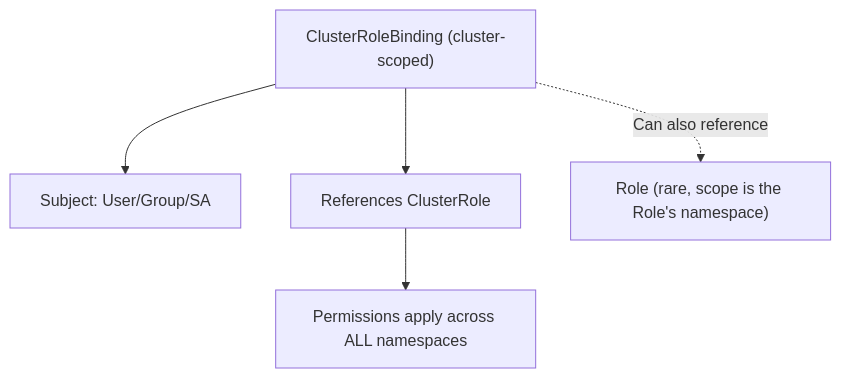
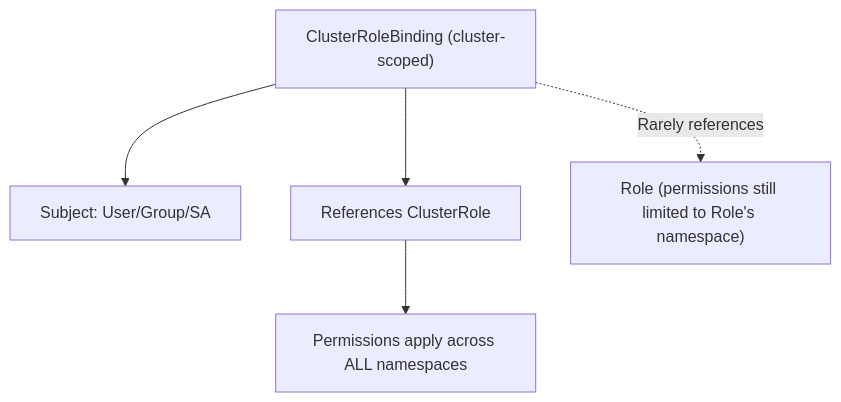
One commit to MattiaFanan/k8s-notes changed the fourth of 5 diagrams in 09-rbac/2-mechanics/03-core-components.md. Above: the diagram before and after it, drawn with Mermaid. The commit also changed other lines of this file and 46 other files, not shown here.

````diff
--- a/09-rbac/2-mechanics/03-core-components.md
+++ b/09-rbac/2-mechanics/03-core-components.md
@@ -160,7 +160,7 @@
 ```mermaid
 flowchart TD
     A["ClusterRoleBinding (cluster-scoped)"] --> B["Subject: User/Group/SA"]
     A --> C["References ClusterRole"]
     C --> D["Permissions apply across ALL namespaces"]
-    A -.->| Can also reference | E["Role (rare, scope is the Role's namespace)"]
+    A -.->| Rarely references | E["Role (permissions still limited to Role's namespace)"]
 ```
````
